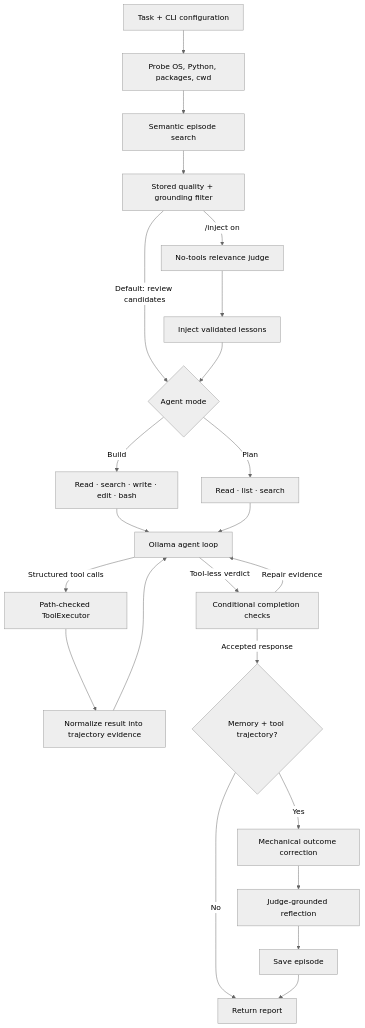
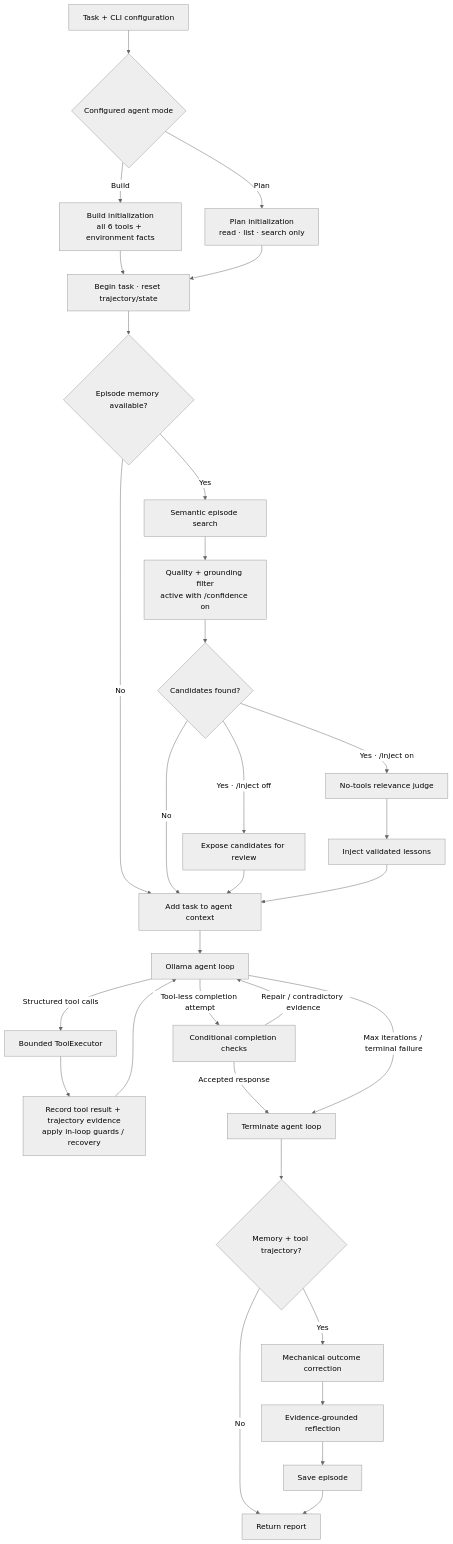
One commit to Astroqbit/what-if-machine changed the diagram in README.md. Above: the diagram before and after it, drawn with Mermaid (neutral theme). The commit also changed other lines of this file, not shown here.

Commit message:
Revise flowchart and control loop details in README
Updated the flowchart and control loop descriptions in the README to explain more details since this is semantic not monolithic in design...

````diff
--- a/README.md
+++ b/README.md
@@ -70,28 +70,44 @@
 ```mermaid
 flowchart TD
-    Q["Task + CLI configuration"] --> P["Probe OS, Python, packages, cwd"]
-    P --> R["Semantic episode search"]
-    R --> F["Stored quality + grounding filter"]
-    F -->|Default: review candidates| M
-    F -->|/inject on| J["No-tools relevance judge"]
+    Q["Task + CLI configuration"] --> M{"Configured agent mode"}
+
+    M -->|Build| B["Build initialization<br/>all 6 tools + environment facts"]
+    M -->|Plan| L["Plan initialization<br/>read · list · search only"]
+
+    B --> T["Begin task · reset trajectory/state"]
+    L --> T
+
+    T --> R{"Episode memory available?"}
+    R -->|No| U["Add task to agent context"]
+    R -->|Yes| S["Semantic episode search"]
+
+    S --> F["Quality + grounding filter<br/>active with /confidence on"]
+    F --> D{"Candidates found?"}
+
+    D -->|No| U
+    D -->|Yes · /inject off| V["Expose candidates for review"]
+    V --> U
+
+    D -->|Yes · /inject on| J["No-tools relevance judge"]
     J --> C["Inject validated lessons"]
+    C --> U
 
-    C --> M{"Agent mode"}
-    M -->|Build| B["Read · search · write · edit · bash"]
-    M -->|Plan| L["Read · list · search"]
-    B --> O["Ollama agent loop"]
-    L --> O
+    U --> O["Ollama agent loop"]
 
-    O -->|Structured tool calls| X["Path-checked ToolExecutor"]
-    X --> E["Normalize result into trajectory evidence"]
+    O -->|Structured tool calls| X["Bounded ToolExecutor"]
+    X --> E["Record tool result + trajectory evidence<br/>apply in-loop guards / recovery"]
     E --> O
 
-    O -->|Tool-less verdict| G["Conditional completion checks"]
-    G -->|Repair evidence| O
-    G -->|Accepted response| K{"Memory + tool trajectory?"}
+    O -->|Tool-less completion attempt| G["Conditional completion checks"]
+    G -->|Repair / contradictory evidence| O
+    G -->|Accepted response| A["Terminate agent loop"]
+
+    O -->|Max iterations / terminal failure| A
+
+    A --> K{"Memory + tool trajectory?"}
     K -->|No| Z["Return report"]
-    K -->|Yes| A["Mechanical outcome correction"]
-    A --> H["Judge-grounded reflection"]
-    H --> S["Save episode"]
-    S --> Z
+    K -->|Yes| C2["Mechanical outcome correction"]
+    C2 --> H["Evidence-grounded reflection"]
+    H --> P["Save episode"]
+    P --> Z
 ```
````
